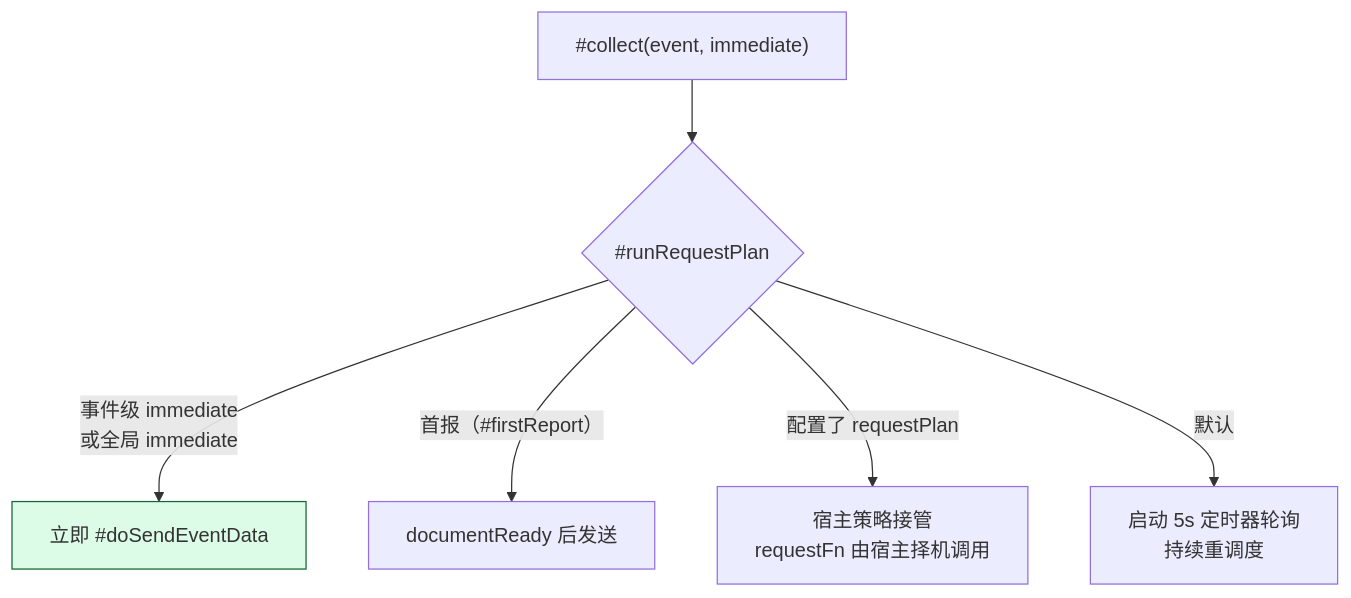
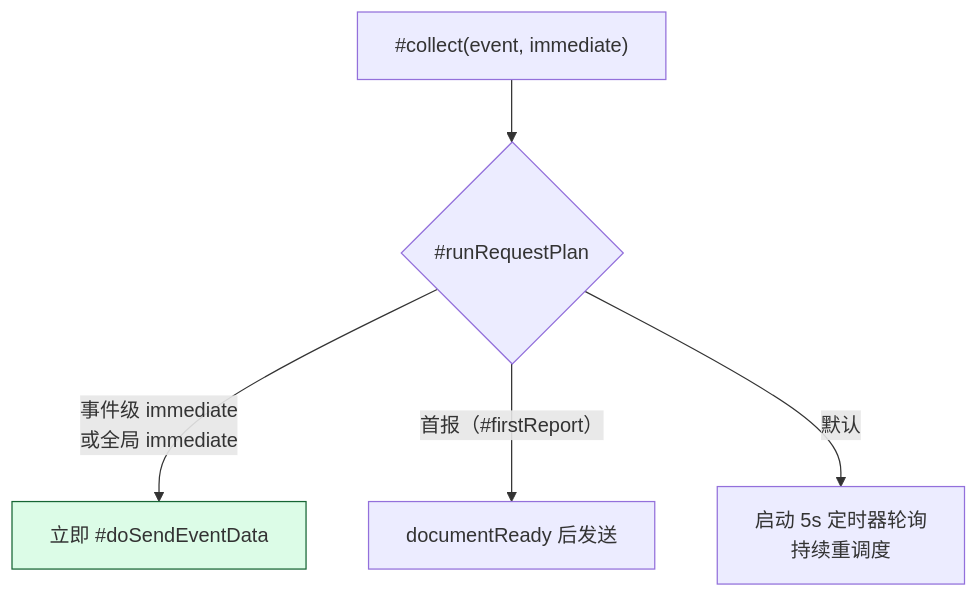
One commit to openeuler-mirror/opendesign-analytics changed the fourth of 4 diagrams in docs/design.md. Above: the diagram before and after it, drawn with Mermaid. The commit also changed other lines of this file and 3 other files, not shown here.

````diff
--- a/docs/design.md
+++ b/docs/design.md
@@ -326,11 +325,10 @@
 ```mermaid
 flowchart TB
     C["#collect(event, immediate)"] --> P{"#runRequestPlan"}
     P -- "事件级 immediate<br/>或全局 immediate" --> S1["立即 #doSendEventData"]
     P -- "首报（#firstReport）" --> S2["documentReady 后发送"]
-    P -- "配置了 requestPlan" --> S3["宿主策略接管<br/>requestFn 由宿主择机调用"]
     P -- "默认" --> S4["启动 5s 定时器轮询<br/>持续重调度"]
 
     classDef now fill:#dcfce7,stroke:#166534
     class S1 now
 ```
````
